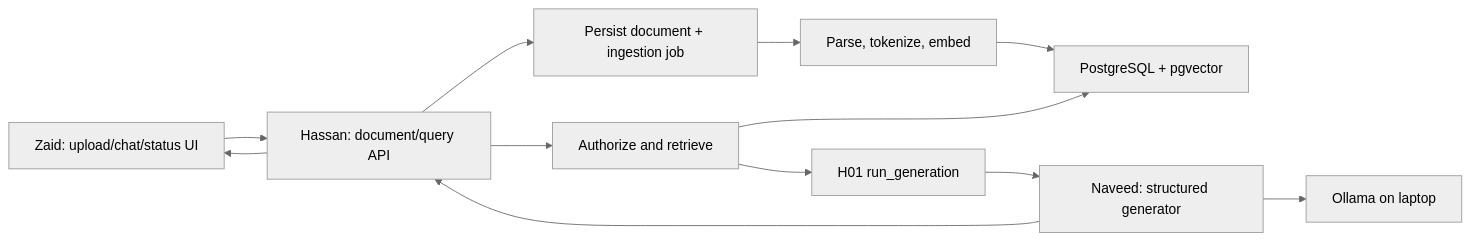
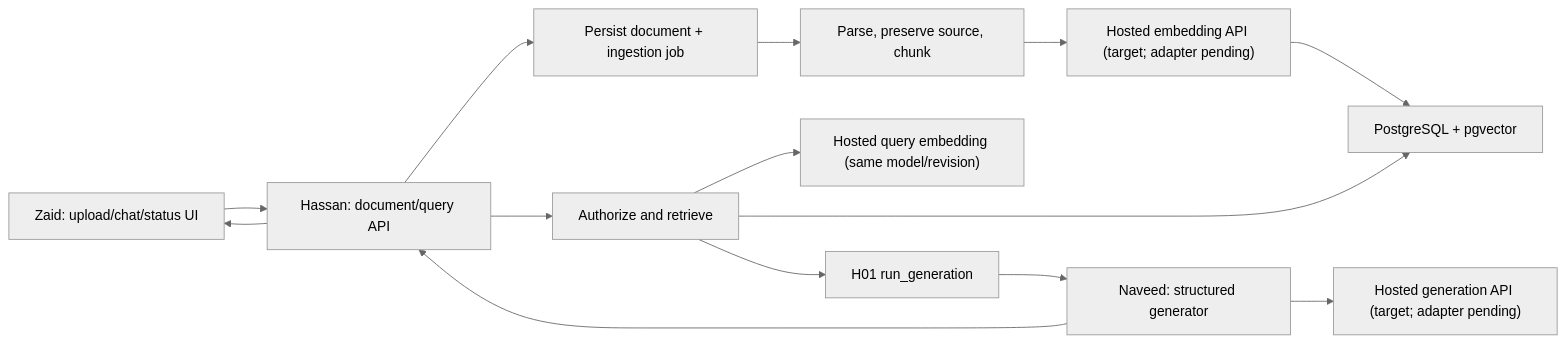
One commit to Hassan092-prog/KNEXUS changed the diagram in docs/ARCHITECTURE.md. Above: the diagram before and after it, drawn with Mermaid (neutral theme). The commit also changed other lines of this file and 19 other files, not shown here.

Commit message:
docs(plan): adopt hosted APIs and pinned source reuse

```diff
--- a/docs/ARCHITECTURE.md
+++ b/docs/ARCHITECTURE.md
@@ -20,14 +24,16 @@
 ~~~mermaid
 flowchart LR
     UI["Zaid: upload/chat/status UI"] --> API["Hassan: document/query API"]
     API --> JOB["Persist document + ingestion job"]
-    JOB --> ING["Parse, tokenize, embed"]
-    ING --> DB["PostgreSQL + pgvector"]
+    JOB --> ING["Parse, preserve source, chunk"]
+    ING --> EMB["Hosted embedding API (target; adapter pending)"]
+    EMB --> DB["PostgreSQL + pgvector"]
     API --> RET["Authorize and retrieve"]
+    RET --> QEMB["Hosted query embedding (same model/revision)"]
     RET --> DB
     RET --> BOUNDARY["H01 run_generation"]
     BOUNDARY --> GEN["Naveed: structured generator"]
-    GEN --> OLL["Ollama on laptop"]
+    GEN --> HOSTED["Hosted generation API (target; adapter pending)"]
     GEN --> API
     API --> UI
 ~~~
```
